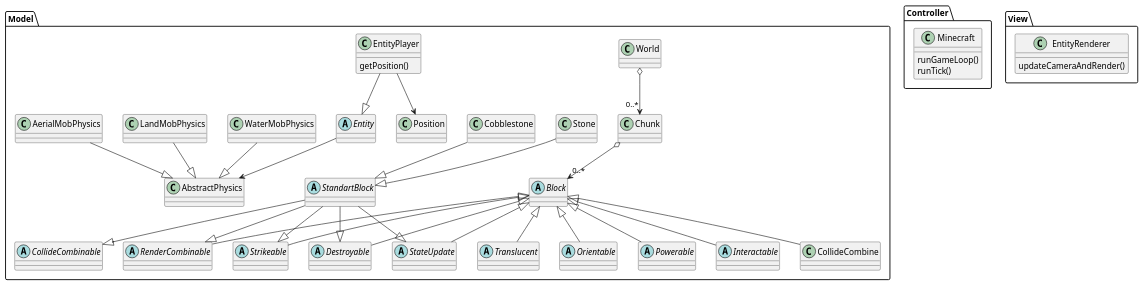
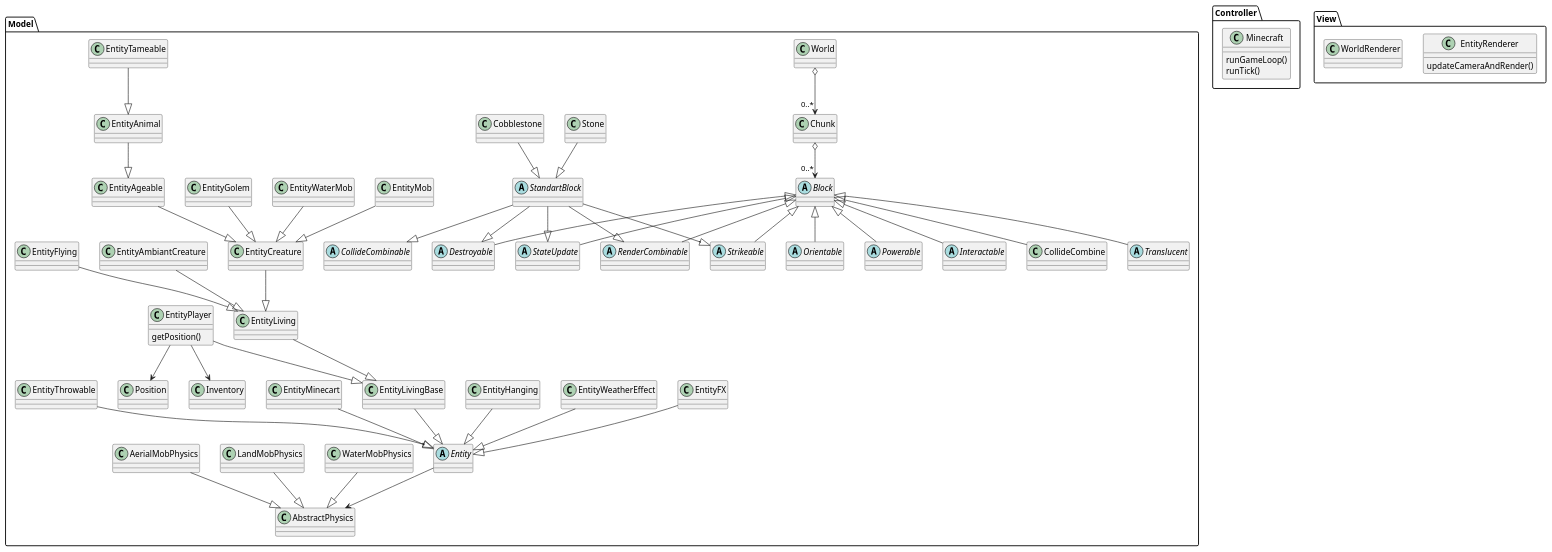
One commit to Protoke/AuPetitCraft changed the diagram in Model/Master.puml. Above: the diagram before and after it, drawn with PlantUML.

Commit message:
Complétion modélisation

```diff
--- a/Model/Master.puml
+++ b/Model/Master.puml
@@ -1,71 +1,107 @@
 @startuml
 
 package Model{
     class World
     class Chunk
 
     abstract Block
     abstract Translucent
     abstract Orientable
     abstract Powerable
     abstract Interactable
     abstract CollideCombinable
     abstract RenderCombinable
     abstract Strikeable
     abstract Destroyable
     abstract StateUpdate
     abstract StandartBlock
 
     Block <|-- Translucent
     Block <|-- Orientable
     Block <|-- Powerable
     Block <|-- Interactable
     Block <|-- CollideCombine
     Block <|-- RenderCombinable
     Block <|-- Strikeable
     Block <|-- Destroyable
     Block <|-- StateUpdate
     StandartBlock --|> StateUpdate
     StandartBlock --|> Destroyable
     StandartBlock --|> Strikeable
     StandartBlock --|> RenderCombinable
     StandartBlock --|> CollideCombinable
 
     class Stone
     class Cobblestone
     Stone --|> StandartBlock
     Cobblestone --|> StandartBlock
 
     abstract Entity
+    class EntityMinecart
+    class EntityThrowable
+    class EntityFX
+    class EntityWeatherEffect
+    class EntityHanging
+    class EntityLivingBase
     class EntityPlayer {
     getPosition()
     }
+    class EntityLiving
+    class EntityAmbiantCreature
+    class EntityFlying
+    class EntityCreature
+    class EntityMob
+    class EntityWaterMob
+    class EntityGolem
+    class EntityAgeable
+    class EntityAnimal
+    class EntityTameable
+
+    EntityMinecart --|> Entity
+    EntityThrowable --|> Entity
+    EntityFX --|> Entity
+    EntityWeatherEffect --|> Entity
+    EntityHanging --|> Entity
+    EntityLivingBase --|> Entity
+    EntityPlayer --|> EntityLivingBase
+    EntityLiving --|> EntityLivingBase
+    EntityAmbiantCreature --|> EntityLiving
+    EntityFlying --|> EntityLiving
+    EntityCreature --|> EntityLiving
+    EntityMob --|> EntityCreature
+    EntityWaterMob --|> EntityCreature
+    EntityGolem --|> EntityCreature
+    EntityAgeable --|> EntityCreature
+    EntityAnimal --|> EntityAgeable
+    EntityTameable --|> EntityAnimal
 
     class Position
+    class Inventory
     class AbstractPhysics
 
     EntityPlayer --> Position
-    EntityPlayer --|> Entity
+    EntityPlayer --> Inventory
     Entity --> AbstractPhysics
     WaterMobPhysics --|> AbstractPhysics
     LandMobPhysics --|> AbstractPhysics
     AerialMobPhysics --|> AbstractPhysics
 
     World o--> "0..*" Chunk
     Chunk o--> "0..*" Block
 }
 
 package Controller{
     class Minecraft{
         runGameLoop()
         runTick()
     }
 }
 
 package View{
     class EntityRenderer{
         updateCameraAndRender()
     }
+    class WorldRenderer
 }
 
 @enduml
```
